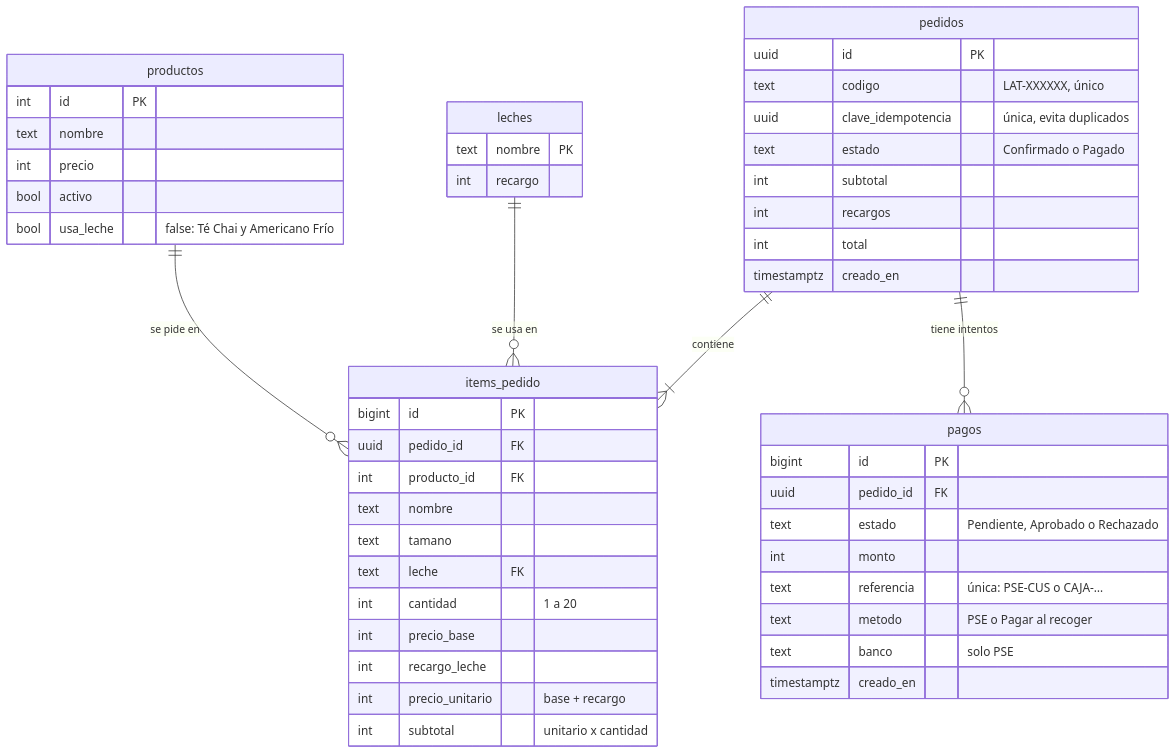
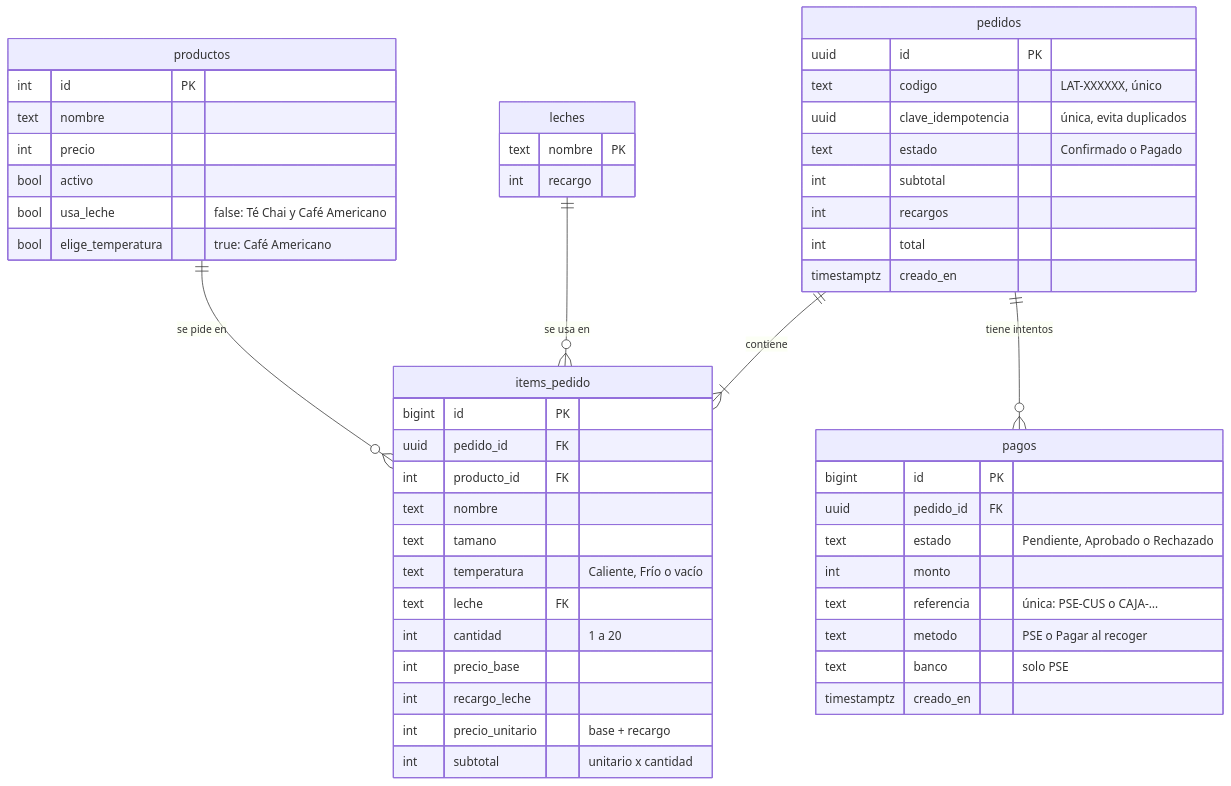
Before and after one commit to Jhoser1801/Gerencia-de-Software-: the second of 5 diagrams in docs/ARQUITECTURA.md, drawn with Mermaid. The commit also changed 13 other files, not shown here.

First line of the commit message:
Café Americano: elegir caliente o frío; renombrar Americano Frío

````diff
--- a/docs/ARQUITECTURA.md
+++ b/docs/ARQUITECTURA.md
@@ -55,42 +55,44 @@
 ```mermaid
 erDiagram
   productos ||--o{ items_pedido : "se pide en"
   leches ||--o{ items_pedido : "se usa en"
   pedidos ||--|{ items_pedido : contiene
   pedidos ||--o{ pagos : "tiene intentos"
 
   productos { int id PK
     text nombre
     int precio
     bool activo
-    bool usa_leche "false: Té Chai y Americano Frío" }
+    bool usa_leche "false: Té Chai y Café Americano"
+    bool elige_temperatura "true: Café Americano" }
   leches { text nombre PK
     int recargo }
   pedidos { uuid id PK
     text codigo "LAT-XXXXXX, único"
     uuid clave_idempotencia "única, evita duplicados"
     text estado "Confirmado o Pagado"
     int subtotal
     int recargos
     int total
     timestamptz creado_en }
   items_pedido { bigint id PK
     uuid pedido_id FK
     int producto_id FK
     text nombre
     text tamano
+    text temperatura "Caliente, Frío o vacío"
     text leche FK
     int cantidad "1 a 20"
     int precio_base
     int recargo_leche
     int precio_unitario "base + recargo"
     int subtotal "unitario x cantidad" }
   pagos { bigint id PK
     uuid pedido_id FK
     text estado "Pendiente, Aprobado o Rechazado"
     int monto
     text referencia "única: PSE-CUS o CAJA-…"
     text metodo "PSE o Pagar al recoger"
     text banco "solo PSE"
     timestamptz creado_en }
 ```
````
